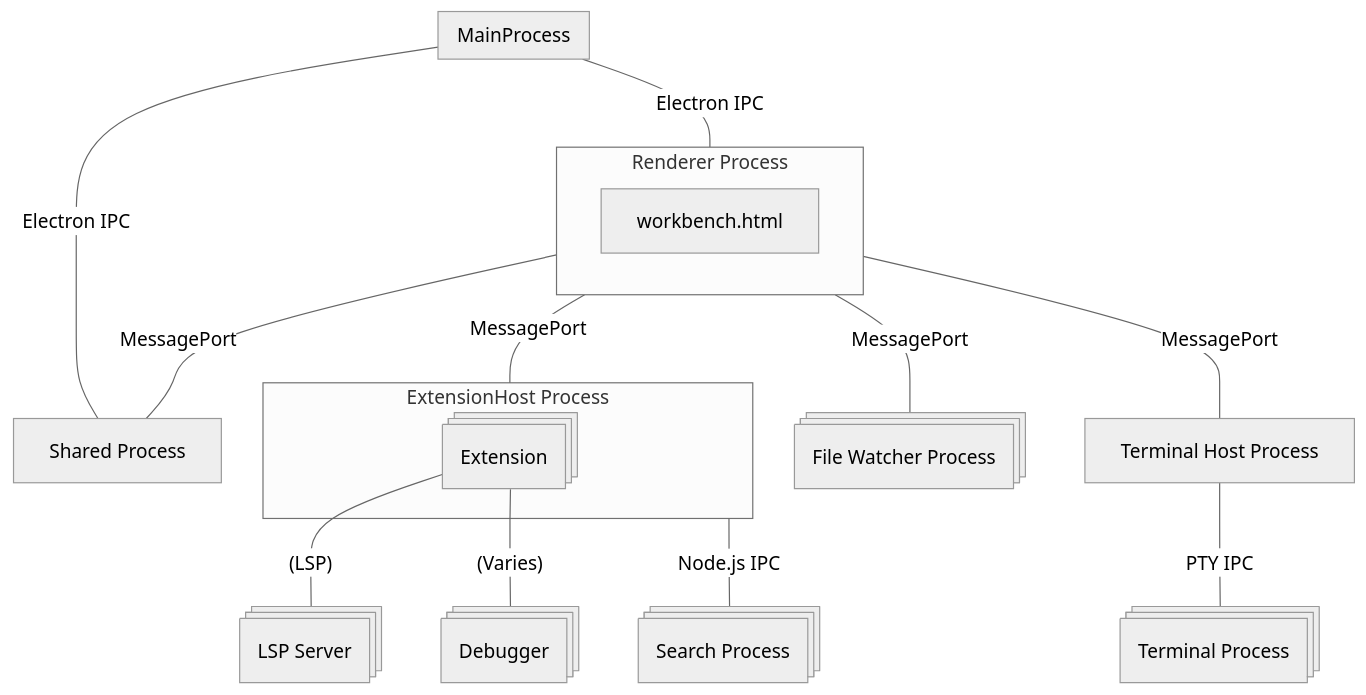
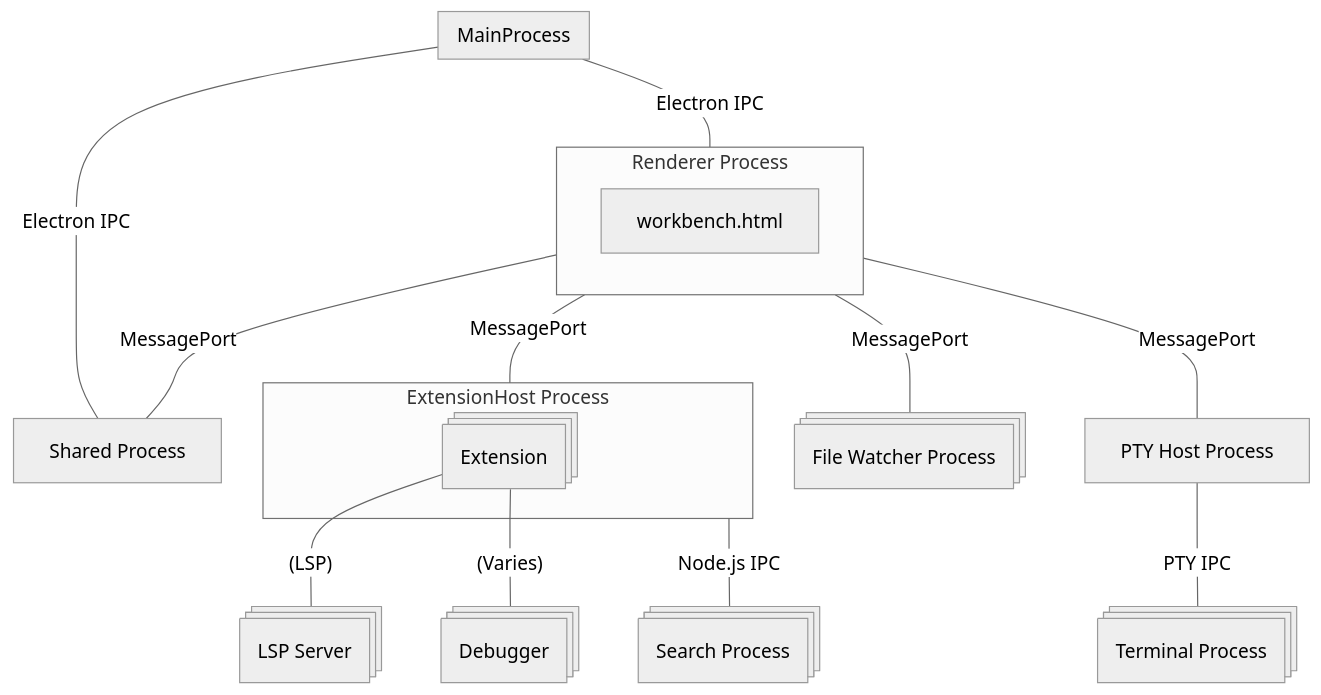
One commit to tamuratak/latex-toybox changed the diagram in dev/memo/arch_of_vscode.md. Above: the diagram before and after it, drawn with Mermaid (neutral theme). The commit also changed other lines of this file, not shown here.

Commit message:
fixup! fixup! feat: Add flowchart diagram for VS Code architecture in arch_of_vscode.md [skip ci]

````diff
--- a/dev/memo/arch_of_vscode.md
+++ b/dev/memo/arch_of_vscode.md
@@ -8,28 +8,28 @@
 ```mermaid
 flowchart TB
     subgraph MainProcess
     end
     subgraph RendererProcess [Renderer Process]
         workbench.html
     end
     SharedProcess[Shared Process]
     subgraph ExtensionHostProcess  [ExtensionHost Process]
         Extension@{ shape: procs }
     end
     SearchProcess@{ shape: procs, label: "Search Process" }
-    TerminalHostProcess[Terminal Host Process]
+    TerminalHostProcess@{ label: "PTY Host Process" }
     TerminalProcess@{ shape: procs, label: "Terminal Process" }
     FileWatcherProcess@{ shape: procs, label: "File Watcher Process" }
     LSPServer@{ shape: procs, label: "LSP Server" }
     Debugger@{ shape: procs }
     MainProcess -- Electron IPC --- SharedProcess
     MainProcess -- Electron IPC --- RendererProcess
     RendererProcess -- MessagePort --- SharedProcess
     RendererProcess -- MessagePort --- ExtensionHostProcess
     RendererProcess -- MessagePort --- FileWatcherProcess
     RendererProcess -- MessagePort --- TerminalHostProcess
     TerminalHostProcess -- PTY IPC --- TerminalProcess
     ExtensionHostProcess -- Node.js IPC --- SearchProcess
     Extension -- (LSP) --- LSPServer
     Extension -- (Varies) --- Debugger
 ```
````
